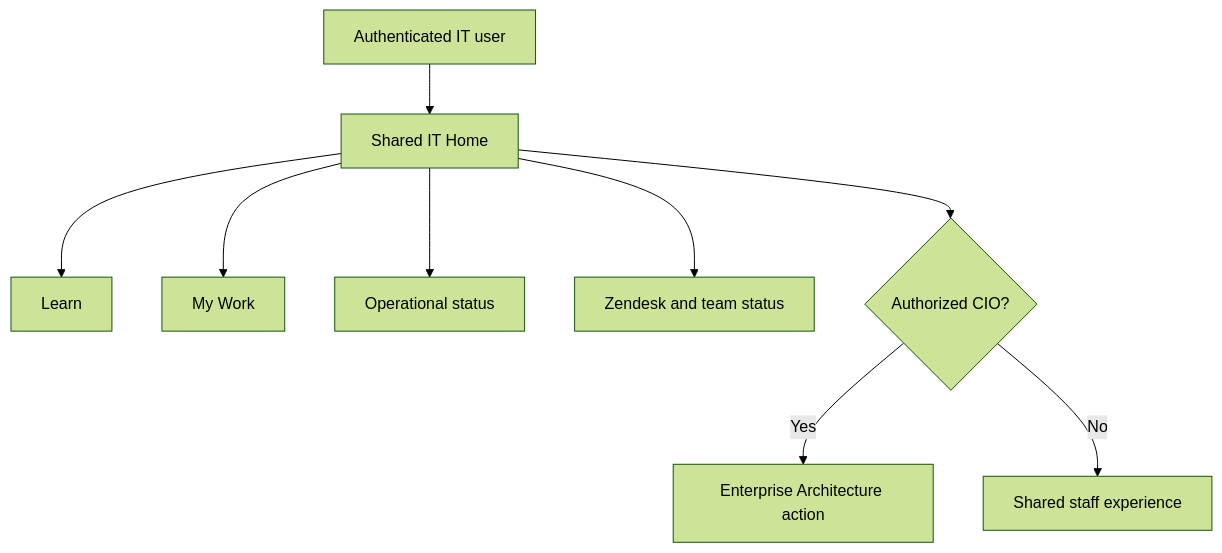
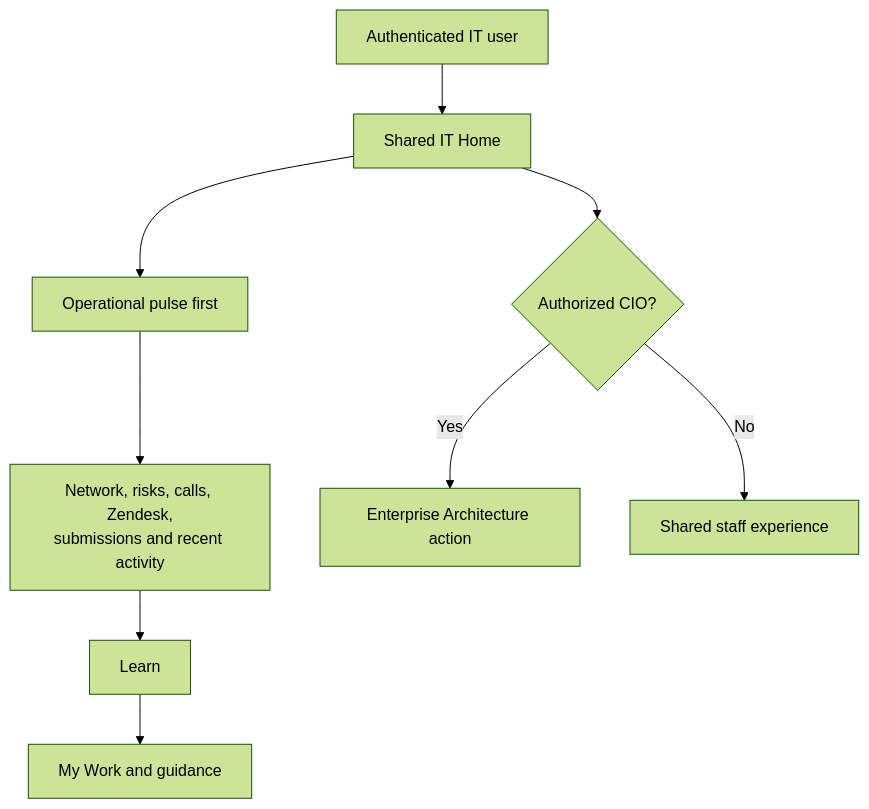
The diagram in docs/shared-it-home.md (OlderschCoder/Network-Insight-Hub), drawn with Mermaid (forest theme) before and after one commit. The commit also changed 2 other files, not shown here.

Commit message:
Prioritize operational status on IT Home

````diff
--- a/docs/shared-it-home.md
+++ b/docs/shared-it-home.md
@@ -6,11 +6,11 @@
 ```mermaid
 flowchart TD
     U[Authenticated IT user] --> H[Shared IT Home]
-    H --> L[Learn]
-    H --> M[My Work]
-    H --> O[Operational status]
-    H --> Z[Zendesk and team status]
+    H --> O[Operational pulse first]
+    O --> Z[Network, risks, calls, Zendesk,<br/>submissions and recent activity]
+    Z --> L[Learn]
+    L --> M[My Work and guidance]
     H --> R{Authorized CIO?}
     R -->|Yes| E[Enterprise Architecture action]
     R -->|No| S[Shared staff experience]
 ```
````
